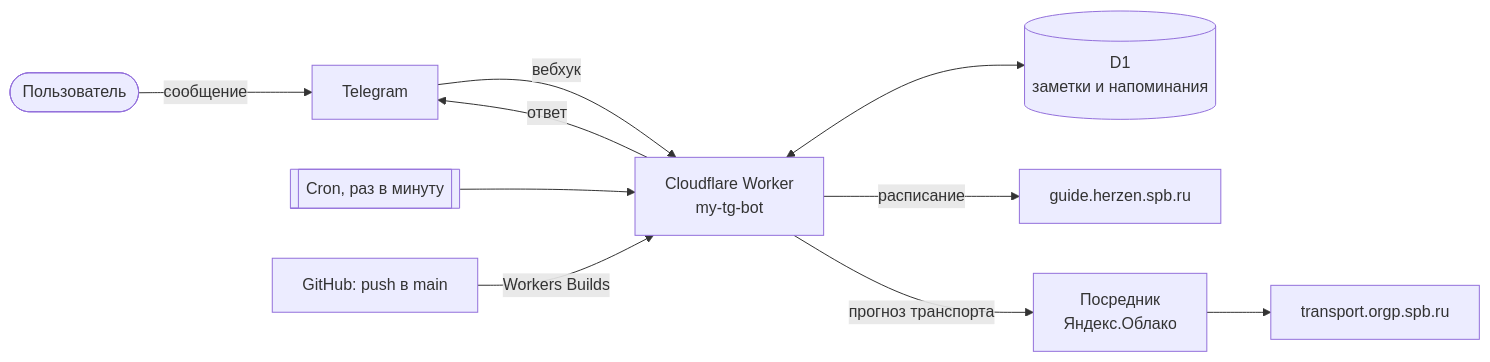
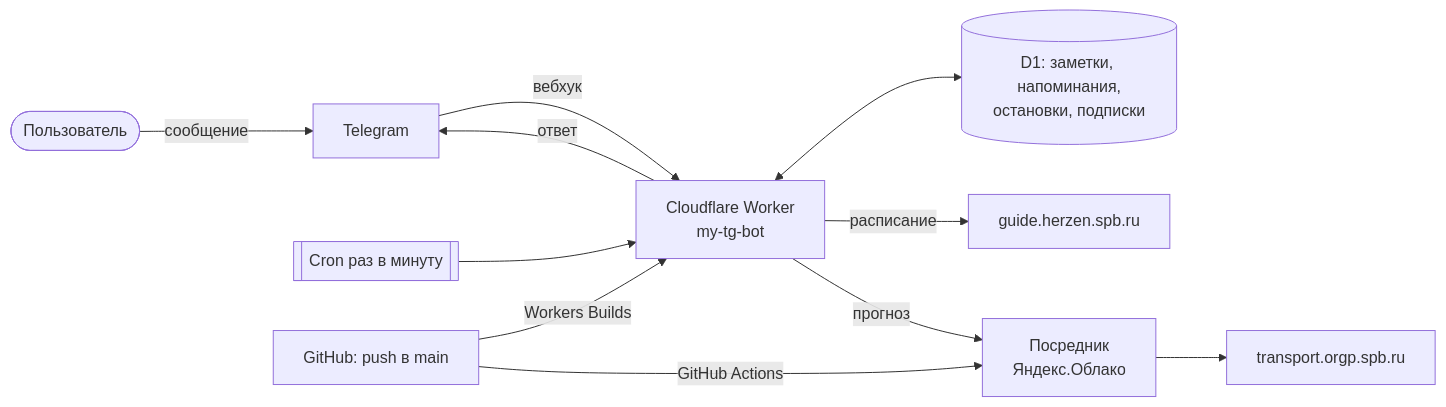
One commit to huksleva/tg_bot changed the diagram in README.md. Above: the diagram before and after it, drawn with Mermaid. The commit also changed other lines of this file, not shown here.

````diff
--- a/README.md
+++ b/README.md
@@ -46,11 +61,12 @@
 ```mermaid
 flowchart LR
     U([Пользователь]) -->|сообщение| TG[Telegram]
     TG -->|вебхук| W[Cloudflare Worker<br/>my-tg-bot]
     W -->|ответ| TG
-    W <--> DB[(D1<br/>заметки и напоминания)]
+    W <--> DB[(D1: заметки, напоминания,<br/>остановки, подписки)]
+    C[[Cron раз в минуту]] --> W
     W -->|расписание| H[guide.herzen.spb.ru]
-    W -->|прогноз транспорта| R[Посредник<br/>Яндекс.Облако] --> O[transport.orgp.spb.ru]
-    C[[Cron, раз в минуту]] --> W
+    W -->|прогноз| R[Посредник<br/>Яндекс.Облако] --> O[transport.orgp.spb.ru]
     GH[GitHub: push в main] -->|Workers Builds| W
+    GH -->|GitHub Actions| R
 ```
````
